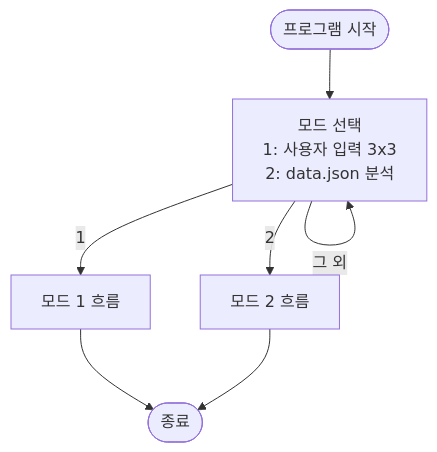
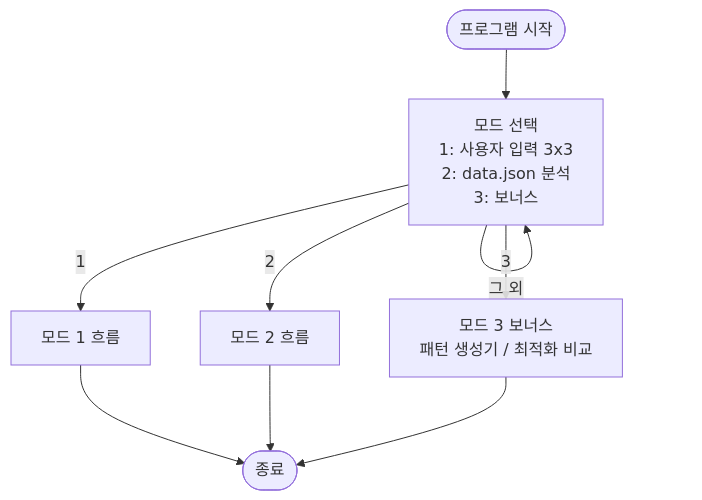
One commit to glocaledu/codyssey_1-3 changed the first of 4 diagrams in README.md. Above: the diagram before and after it, drawn with Mermaid. The commit also changed other lines of this file, not shown here.

````diff
--- a/README.md
+++ b/README.md
@@ -94,9 +28,11 @@
 ```mermaid
 flowchart TD
-    A([프로그램 시작]) --> B["모드 선택<br/>1: 사용자 입력 3x3<br/>2: data.json 분석"]
+    A([프로그램 시작]) --> B["모드 선택<br/>1: 사용자 입력 3x3<br/>2: data.json 분석<br/>3: 보너스"]
     B -->|1| M1[모드 1 흐름]
     B -->|2| M2[모드 2 흐름]
+    B -->|3| M3["모드 3 보너스<br/>패턴 생성기 / 최적화 비교"]
     B -->|그 외| B
     M1 --> Z([종료])
     M2 --> Z
+    M3 --> Z
 ```
````
